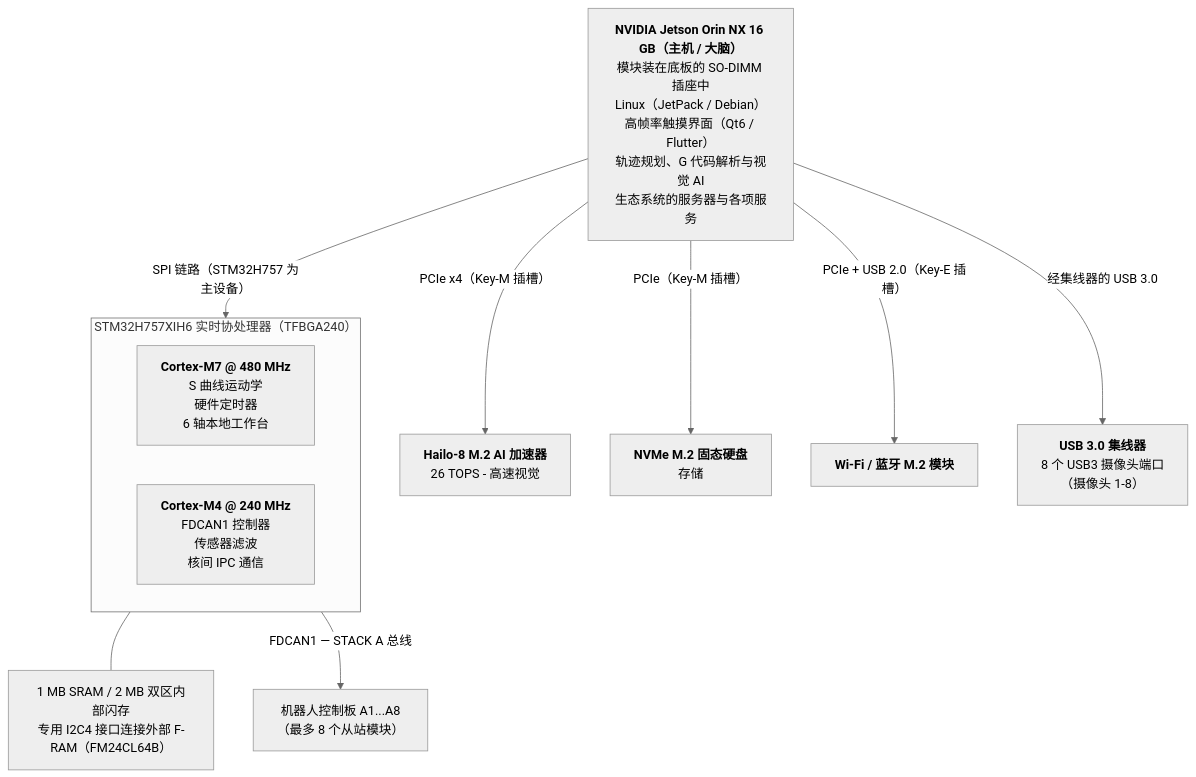
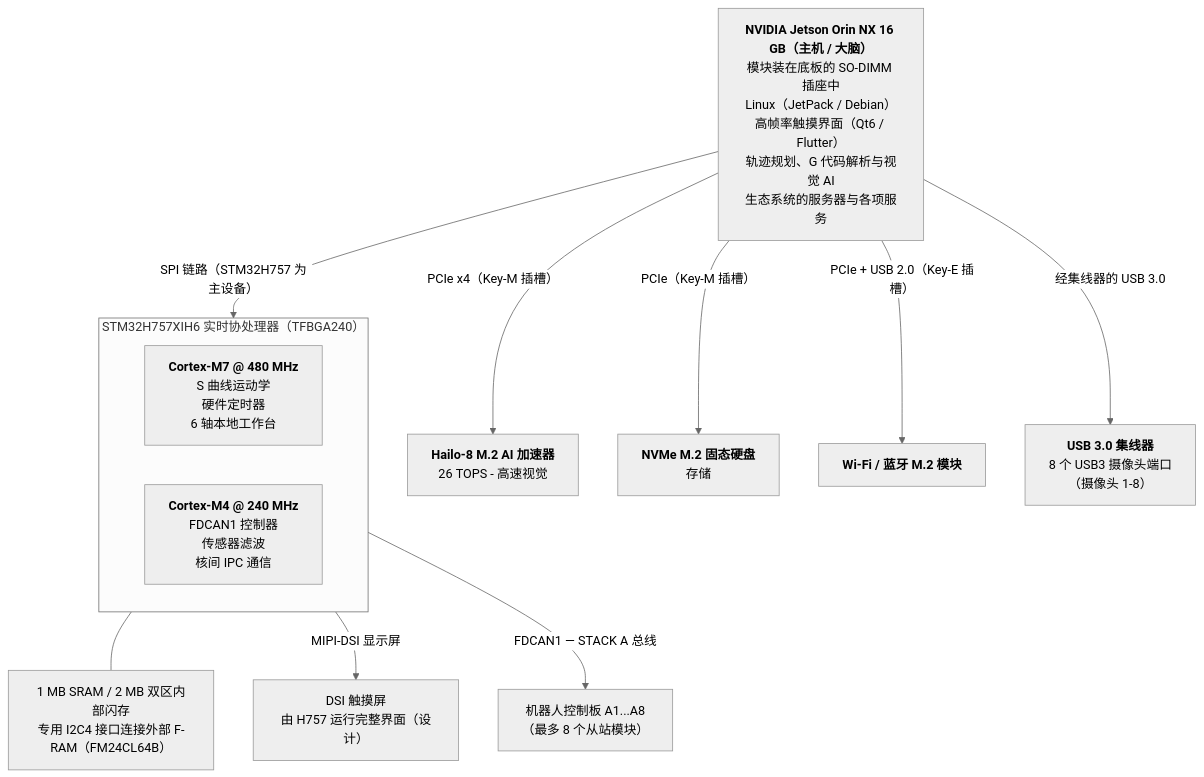
One commit to JuanenRac/HYDRA-UMC changed the first of 3 diagrams in README_zho.md. Above: the diagram before and after it, drawn with Mermaid (neutral theme). The commit also changed other lines of this file and 8 other files, not shown here.

````diff
--- a/README_zho.md
+++ b/README_zho.md
@@ -95,21 +96,22 @@
 ```mermaid
 flowchart TB
     JETSON["<b>NVIDIA Jetson Orin NX 16 GB（主机 / 大脑）</b><br/>模块装在底板的 SO-DIMM 插座中<br/>Linux（JetPack / Debian）<br/>高帧率触摸界面（Qt6 / Flutter）<br/>轨迹规划、G 代码解析与视觉 AI<br/>生态系统的服务器与各项服务"]
 
     JETSON -- "PCIe x4（Key-M 插槽）" --> HAILO8["<b>Hailo-8 M.2 AI 加速器</b><br/>26 TOPS - 高速视觉"]
     JETSON -- "PCIe（Key-M 插槽）" --> NVME["<b>NVMe M.2 固态硬盘</b><br/>存储"]
     JETSON -- "PCIe + USB 2.0（Key-E 插槽）" --> WIFI["<b>Wi-Fi / 蓝牙 M.2 模块</b>"]
     JETSON -- "经集线器的 USB 3.0" --> HUBS["<b>USB 3.0 集线器</b><br/>8 个 USB3 摄像头端口<br/>（摄像头 1-8）"]
 
     JETSON -- "SPI 链路（STM32H757 为主设备）" --> MCU
 
     subgraph MCU["STM32H757XIH6 实时协处理器（TFBGA240）"]
         direction LR
         CM7["<b>Cortex-M7 @ 480 MHz</b><br/>S 曲线运动学<br/>硬件定时器<br/>6 轴本地工作台"]
         CM4["<b>Cortex-M4 @ 240 MHz</b><br/>FDCAN1 控制器<br/>传感器滤波<br/>核间 IPC 通信"]
     end
     MEM["1 MB SRAM / 2 MB 双区内部闪存<br/>专用 I2C4 接口连接外部 F-RAM（FM24CL64B）"]
     MCU --- MEM
+    MCU -- "MIPI-DSI 显示屏" --> DSIDISP["DSI 触摸屏<br/>由 H757 运行完整界面（设计）"]
 
     MCU -- "FDCAN1 — STACK A 总线" --> ROBOTS["机器人控制板 A1...A8<br/>（最多 8 个从站模块）"]
 ```
````
